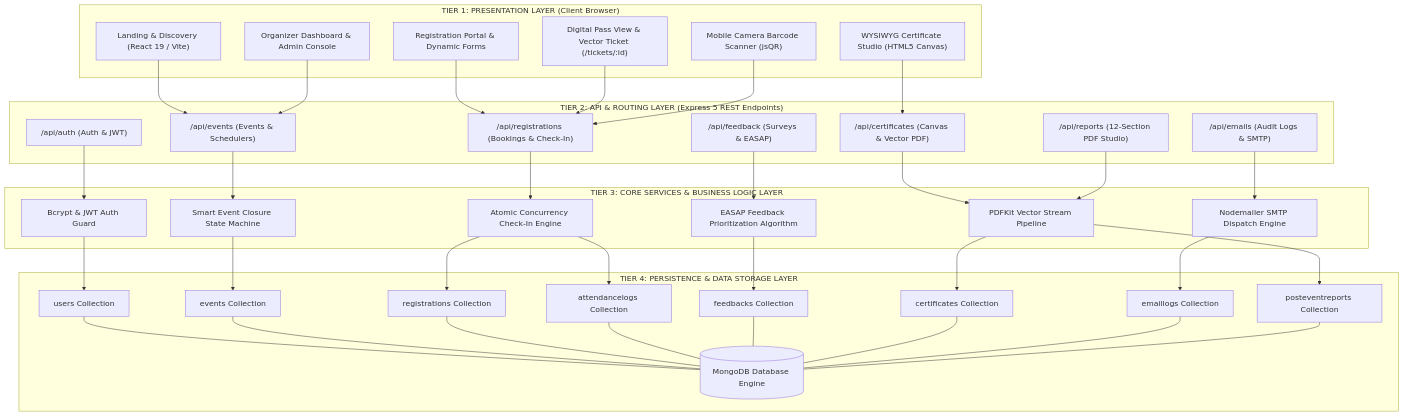
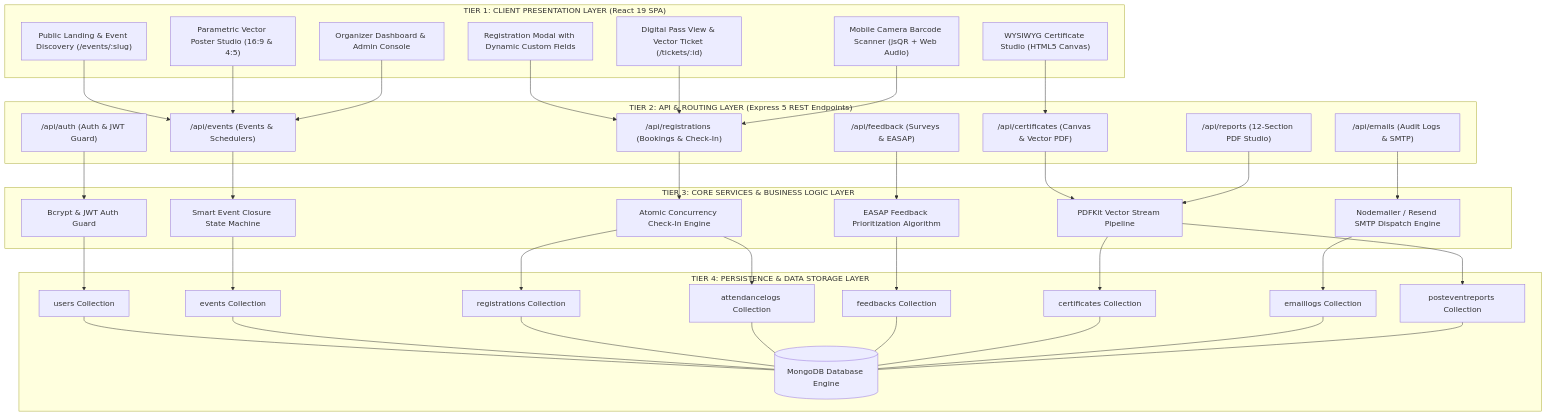
Before and after one commit to Muddassir-ahmmad/Eventra: the first of 16 diagrams in EVENTRA_PROJECT_REPORT.md, drawn with Mermaid. The commit also changed other lines of this file and 1 other file, not shown here.

Commit message:
docs(report): update complete academic report with all flowcharts, diagrams, and IEEE citations

````diff
--- a/EVENTRA_PROJECT_REPORT.md
+++ b/EVENTRA_PROJECT_REPORT.md
@@ -495,75 +488,77 @@
 ```mermaid
-graph TD
-    subgraph Tier1["TIER 1: PRESENTATION LAYER (Client Browser)"]
-        UI_Home["Landing & Discovery (React 19 / Vite)"]
-        UI_Reg["Registration Portal & Dynamic Forms"]
+flowchart TD
+    subgraph Tier1["TIER 1: CLIENT PRESENTATION LAYER (React 19 SPA)"]
+        UI_Home["Public Landing & Event Discovery (/events/:slug)"]
+        UI_Reg["Registration Modal with Dynamic Custom Fields"]
         UI_Pass["Digital Pass View & Vector Ticket (/tickets/:id)"]
-        UI_Scan["Mobile Camera Barcode Scanner (jsQR)"]
+        UI_Scan["Mobile Camera Barcode Scanner (jsQR + Web Audio)"]
         UI_Studio["WYSIWYG Certificate Studio (HTML5 Canvas)"]
+        UI_Poster["Parametric Vector Poster Studio (16:9 & 4:5)"]
         UI_Admin["Organizer Dashboard & Admin Console"]
     end
 
     subgraph Tier2["TIER 2: API & ROUTING LAYER (Express 5 REST Endpoints)"]
-        R_Auth["/api/auth (Auth & JWT)"]
+        R_Auth["/api/auth (Auth & JWT Guard)"]
         R_Events["/api/events (Events & Schedulers)"]
         R_Reg["/api/registrations (Bookings & Check-In)"]
         R_Feed["/api/feedback (Surveys & EASAP)"]
         R_Cert["/api/certificates (Canvas & Vector PDF)"]
         R_Rep["/api/reports (12-Section PDF Studio)"]
         R_Email["/api/emails (Audit Logs & SMTP)"]
     end
 
     subgraph Tier3["TIER 3: CORE SERVICES & BUSINESS LOGIC LAYER"]
         S_Auth["Bcrypt & JWT Auth Guard"]
         S_CheckIn["Atomic Concurrency Check-In Engine"]
         S_Closure["Smart Event Closure State Machine"]
         S_EASAP["EASAP Feedback Prioritization Algorithm"]
         S_PDF["PDFKit Vector Stream Pipeline"]
-        S_Mail["Nodemailer SMTP Dispatch Engine"]
+        S_Mail["Nodemailer / Resend SMTP Dispatch Engine"]
     end
 
     subgraph Tier4["TIER 4: PERSISTENCE & DATA STORAGE LAYER"]
         DB[(MongoDB Database Engine)]
         C_Users["users Collection"]
         C_Events["events Collection"]
         C_Regs["registrations Collection"]
         C_Att["attendancelogs Collection"]
         C_Feed["feedbacks Collection"]
         C_Certs["certificates Collection"]
         C_Emails["emaillogs Collection"]
         C_Reps["posteventreports Collection"]
     end
 
     UI_Home --> R_Events
     UI_Reg --> R_Reg
     UI_Pass --> R_Reg
     UI_Scan --> R_Reg
     UI_Studio --> R_Cert
+    UI_Poster --> R_Events
     UI_Admin --> R_Events
 
     R_Auth --> S_Auth
     R_Events --> S_Closure
     R_Reg --> S_CheckIn
     R_Feed --> S_EASAP
     R_Cert --> S_PDF
     R_Rep --> S_PDF
     R_Email --> S_Mail
 
     S_Auth --> C_Users
     S_Closure --> C_Events
     S_CheckIn --> C_Regs
     S_CheckIn --> C_Att
     S_EASAP --> C_Feed
     S_PDF --> C_Certs
     S_PDF --> C_Reps
     S_Mail --> C_Emails
 
     C_Users --- DB
     C_Events --- DB
     C_Regs --- DB
     C_Att --- DB
     C_Feed --- DB
     C_Certs --- DB
     C_Emails --- DB
     C_Reps --- DB
 ```
````
